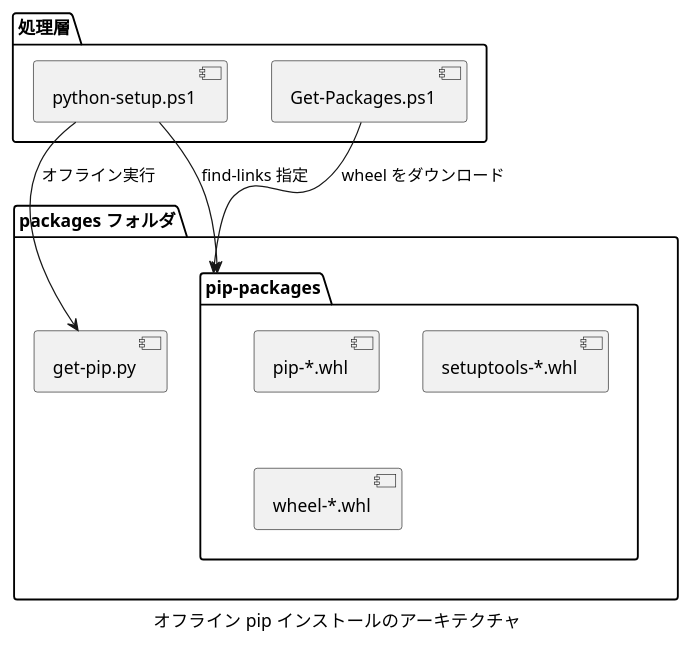
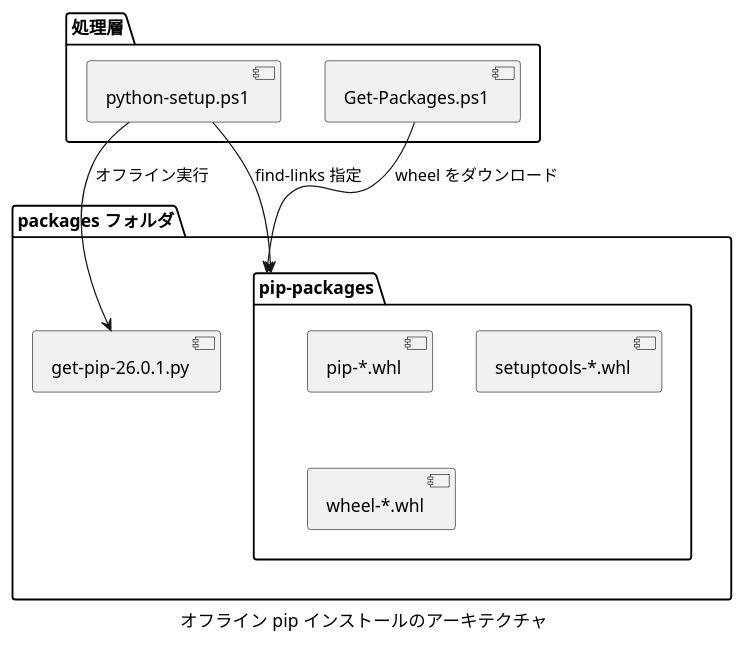
One commit to Hondarer/devbin-win changed the second of 5 diagrams in docs-src/offline-pip-design.md. Above: the diagram before and after it, drawn with PlantUML. The commit also changed other lines of this file and 3 other files, not shown here.

First line of the commit message:
get-pip.py にバージョンを付与し、ドキュメントを更新

````diff
--- a/docs-src/offline-pip-design.md
+++ b/docs-src/offline-pip-design.md
@@ -62,22 +62,22 @@
 ```plantuml
 @startuml オフライン pip インストールのアーキテクチャ
 caption オフライン pip インストールのアーキテクチャ
 package "packages フォルダ" {
-  [get-pip.py]
+  [get-pip-26.0.1.py]
   folder "pip-packages" {
     [pip-*.whl]
     [setuptools-*.whl]
     [wheel-*.whl]
   }
 }
 
 package "処理層" {
   [Get-Packages.ps1] as getpkg
   [python-setup.ps1] as pysetup
 }
 
 getpkg --> [pip-packages] : wheel をダウンロード
-pysetup --> [get-pip.py] : オフライン実行
+pysetup --> [get-pip-26.0.1.py] : オフライン実行
 pysetup --> [pip-packages] : find-links 指定
 @enduml
 ```
````
